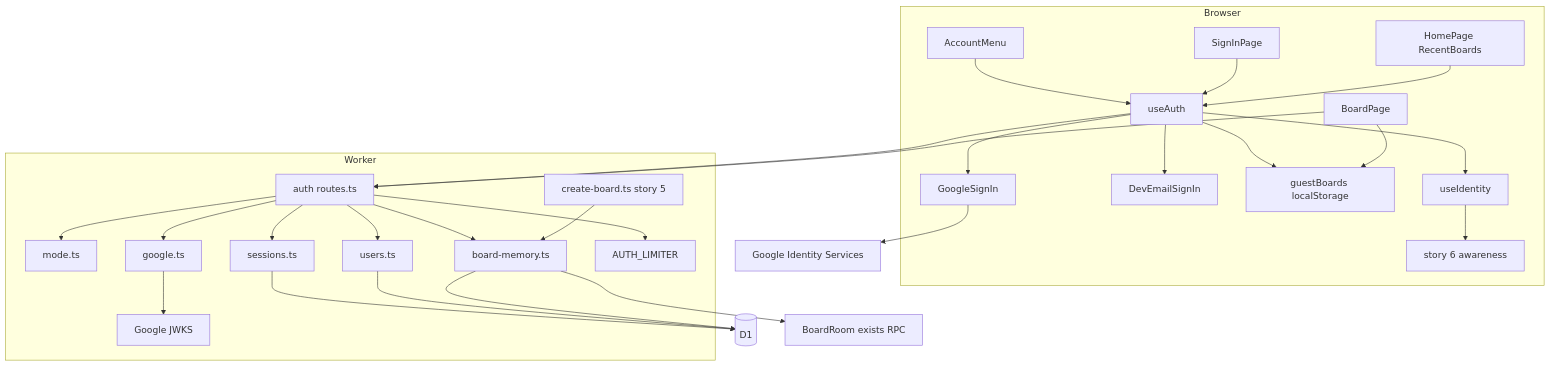
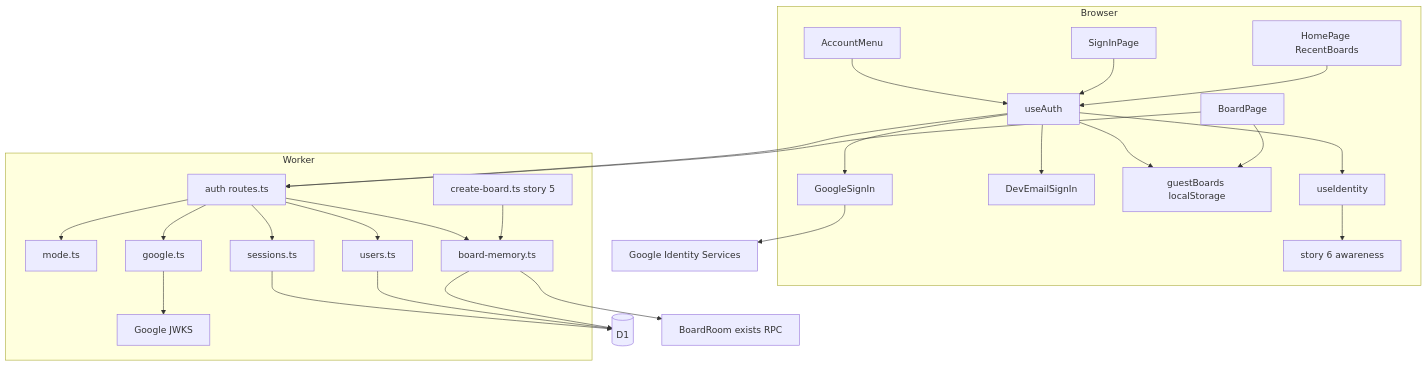
Before and after one commit to boxabirds/awesome-local-ai: the first of 10 diagrams in benchmarks/vidi/spec/stories/014-sign-in-so-my-boards-follow-me-across-devices/design.md, drawn with Mermaid. The commit also changed other lines of this file and 12 other files, not shown here.

````diff
--- a/benchmarks/vidi/spec/stories/014-sign-in-so-my-boards-follow-me-across-devices/design.md
+++ b/benchmarks/vidi/spec/stories/014-sign-in-so-my-boards-follow-me-across-devices/design.md
@@ -75,31 +73,30 @@
 ```mermaid
 flowchart TD
     subgraph Browser
         Menu[AccountMenu] --> UseAuth[useAuth]
         SignInPage[SignInPage] --> UseAuth
         Home[HomePage RecentBoards] --> UseAuth
         UseAuth --> GIS[GoogleSignIn]
         UseAuth --> DevForm[DevEmailSignIn]
         UseAuth --> GuestList[guestBoards localStorage]
         UseAuth --> Identity[useIdentity]
         Identity --> Awareness[story 6 awareness]
         BoardPage[BoardPage] --> GuestList
     end
     GIS --> Google[Google Identity Services]
     subgraph Worker
         Routes[auth routes.ts] --> Mode[mode.ts]
         Routes --> Verify[google.ts]
         Routes --> Sessions[sessions.ts]
         Routes --> Users[users.ts]
         Routes --> Memory[board-memory.ts]
-        Routes --> Limiter[AUTH_LIMITER]
         Create[create-board.ts story 5] --> Memory
         Verify --> JWKS[Google JWKS]
     end
     Sessions --> D1[(D1)]
     Users --> D1
     Memory --> D1
     Memory --> Room[BoardRoom exists RPC]
     UseAuth --> Routes
     BoardPage --> Routes
 ```
````
